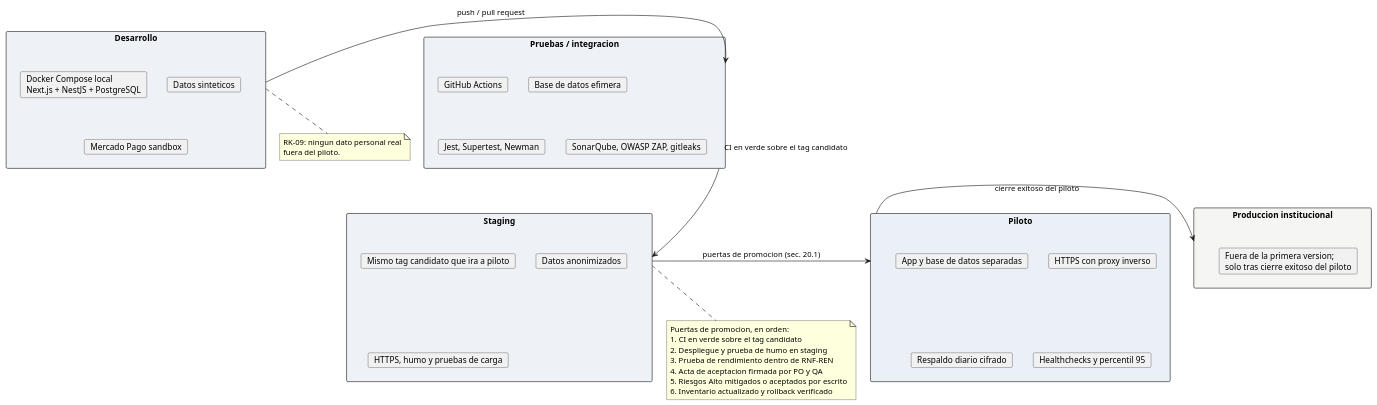
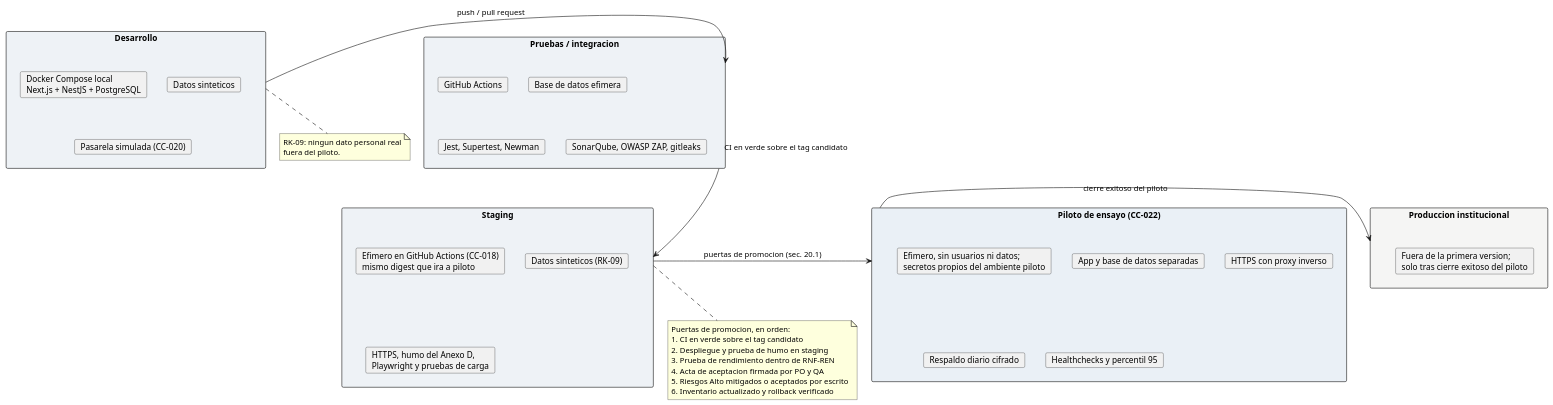
The diagram in docs/arquitectura/fig10-infraestructura-ambientes.puml (fjmp-dev/sce-control-escolar), drawn with PlantUML before and after one commit. The commit also changed 32 other files, not shown here.

First line of the commit message:
feat(despliegue): CC-022 piloto de ensayo efímero, proxy en su nodo y figuras al día (13.1)

```diff
--- a/docs/arquitectura/fig10-infraestructura-ambientes.puml
+++ b/docs/arquitectura/fig10-infraestructura-ambientes.puml
@@ -1,57 +1,59 @@
 @startuml fig10-infraestructura-ambientes
 ' Figura 10. Infraestructura de ambientes y flujo de integracion y
 ' despliegue continuos. Fuente: SCE-MC-001 v2.0, seccion 13.7 (Tabla 30)
-' y seccion 20.1 (puertas de promocion).
+' y seccion 20.1 (puertas de promocion). Actualizada por CC-018 (staging efimero),
+' CC-020 (pasarela simulada) y CC-022 (piloto de ensayo efimero).
 skinparam shadowing false
 
 rectangle "Desarrollo" as DEV #EEF2F6 {
   card "Docker Compose local\nNext.js + NestJS + PostgreSQL" as D1
   card "Datos sinteticos" as D2
-  card "Mercado Pago sandbox" as D3
+  card "Pasarela simulada (CC-020)" as D3
 }
 
 rectangle "Pruebas / integracion" as CI #EEF2F6 {
   card "GitHub Actions" as C1
   card "Base de datos efimera" as C2
   card "Jest, Supertest, Newman" as C3
   card "SonarQube, OWASP ZAP, gitleaks" as C4
 }
 
 rectangle "Staging" as STG #EEF2F6 {
-  card "Mismo tag candidato que ira a piloto" as S1
-  card "Datos anonimizados" as S2
-  card "HTTPS, humo y pruebas de carga" as S3
+  card "Efimero en GitHub Actions (CC-018)\nmismo digest que ira a piloto" as S1
+  card "Datos sinteticos (RK-09)" as S2
+  card "HTTPS, humo del Anexo D,\nPlaywright y pruebas de carga" as S3
 }
 
-rectangle "Piloto" as PIL #EAF0F6 {
+rectangle "Piloto de ensayo (CC-022)" as PIL #EAF0F6 {
+  card "Efimero, sin usuarios ni datos;\nsecretos propios del ambiente piloto" as P0
   card "App y base de datos separadas" as P1
   card "HTTPS con proxy inverso" as P2
   card "Respaldo diario cifrado" as P3
   card "Healthchecks y percentil 95" as P4
 }
 
 rectangle "Produccion institucional" as PRD #F5F5F4 {
   card "Fuera de la primera version;\nsolo tras cierre exitoso del piloto" as R1
 }
 
 DEV -right-> CI : push / pull request
 CI -right-> STG : CI en verde sobre el tag candidato
 STG -right-> PIL : puertas de promocion (sec. 20.1)
 PIL -right-> PRD : cierre exitoso del piloto
 
 note bottom of STG
   Puertas de promocion, en orden:
   1. CI en verde sobre el tag candidato
   2. Despliegue y prueba de humo en staging
   3. Prueba de rendimiento dentro de RNF-REN
   4. Acta de aceptacion firmada por PO y QA
   5. Riesgos Alto mitigados o aceptados por escrito
   6. Inventario actualizado y rollback verificado
 end note
 
 note bottom of DEV
   RK-09: ningun dato personal real
   fuera del piloto.
 end note
 
 @enduml
```
